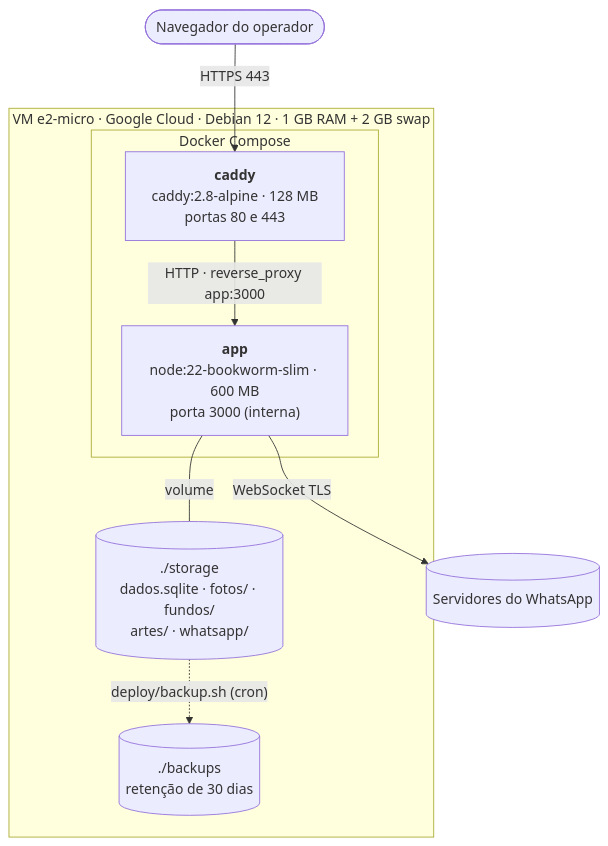
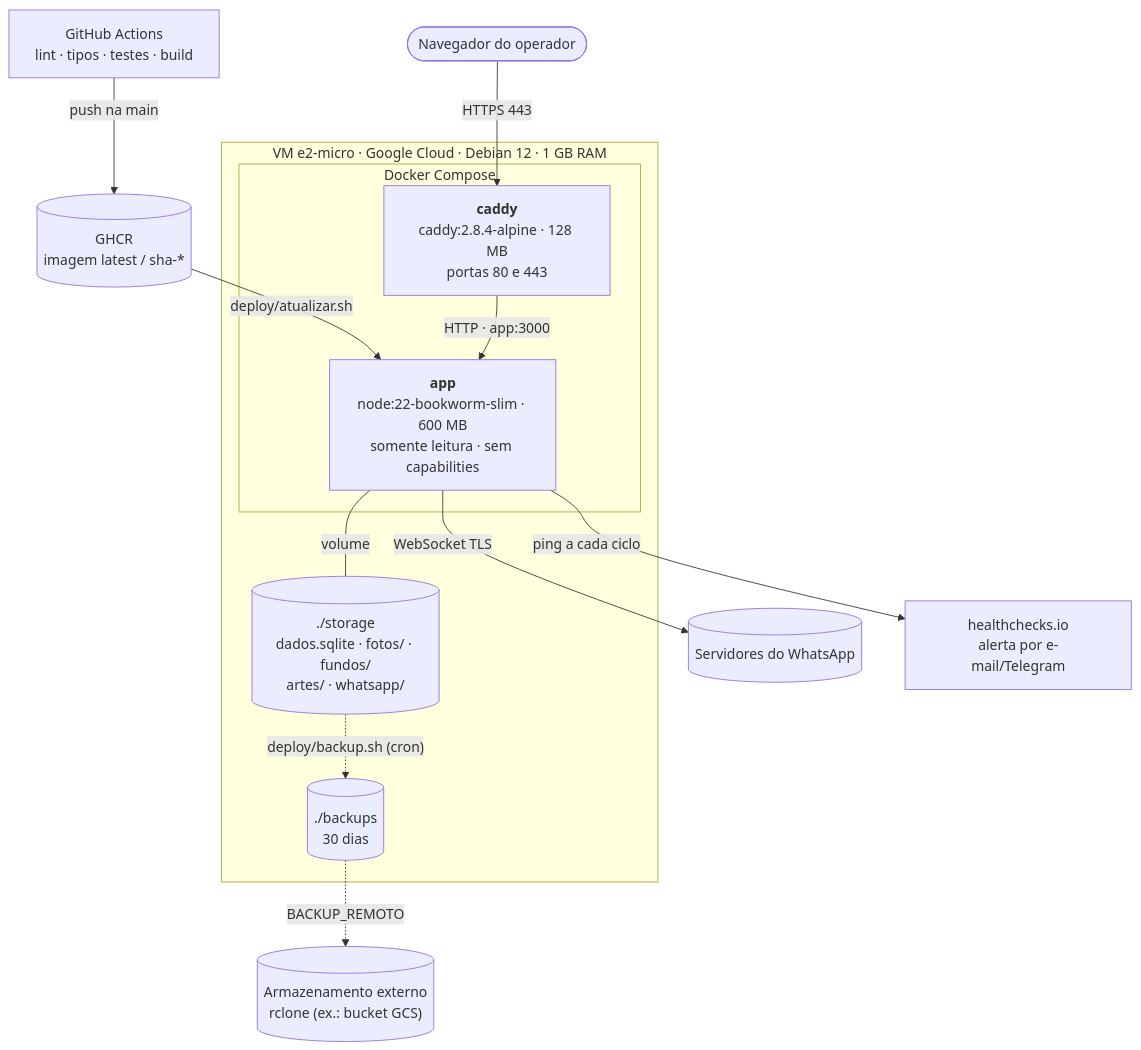
One commit to ssiury/AniversariosAutomatizados changed the second of 8 diagrams in docs/arquitetura.md. Above: the diagram before and after it, drawn with Mermaid. The commit also changed other lines of this file and 2 other files, not shown here.

````diff
--- a/docs/arquitetura.md
+++ b/docs/arquitetura.md
@@ -183,20 +210,28 @@
 ```mermaid
 flowchart TB
     navegador(["Navegador do operador"])
     wa[("Servidores do WhatsApp")]
+    gh["GitHub Actions<br/>lint · tipos · testes · build"]
+    ghcr[("GHCR<br/>imagem latest / sha-*")]
+    hc["healthchecks.io<br/>alerta por e-mail/Telegram"]
+    nuvem[("Armazenamento externo<br/>rclone (ex.: bucket GCS)")]
 
-    subgraph vm["VM e2-micro · Google Cloud · Debian 12 · 1 GB RAM + 2 GB swap"]
+    subgraph vm["VM e2-micro · Google Cloud · Debian 12 · 1 GB RAM"]
         subgraph compose["Docker Compose"]
-            caddy["<b>caddy</b><br/>caddy:2.8-alpine · 128 MB<br/>portas 80 e 443"]
-            app["<b>app</b><br/>node:22-bookworm-slim · 600 MB<br/>porta 3000 (interna)"]
+            caddy["<b>caddy</b><br/>caddy:2.8.4-alpine · 128 MB<br/>portas 80 e 443"]
+            app["<b>app</b><br/>node:22-bookworm-slim · 600 MB<br/>somente leitura · sem capabilities"]
         end
         storage[("./storage<br/>dados.sqlite · fotos/ · fundos/<br/>artes/ · whatsapp/")]
-        backups[("./backups<br/>retenção de 30 dias")]
+        backups[("./backups<br/>30 dias")]
     end
 
+    gh -- "push na main" --> ghcr
+    ghcr -- "deploy/atualizar.sh" --> app
     navegador -- "HTTPS 443" --> caddy
-    caddy -- "HTTP · reverse_proxy app:3000" --> app
+    caddy -- "HTTP · app:3000" --> app
     app -- "volume" --- storage
     app -- "WebSocket TLS" --> wa
+    app -- "ping a cada ciclo" --> hc
     storage -. "deploy/backup.sh (cron)" .-> backups
+    backups -. "BACKUP_REMOTO" .-> nuvem
 ```
````
